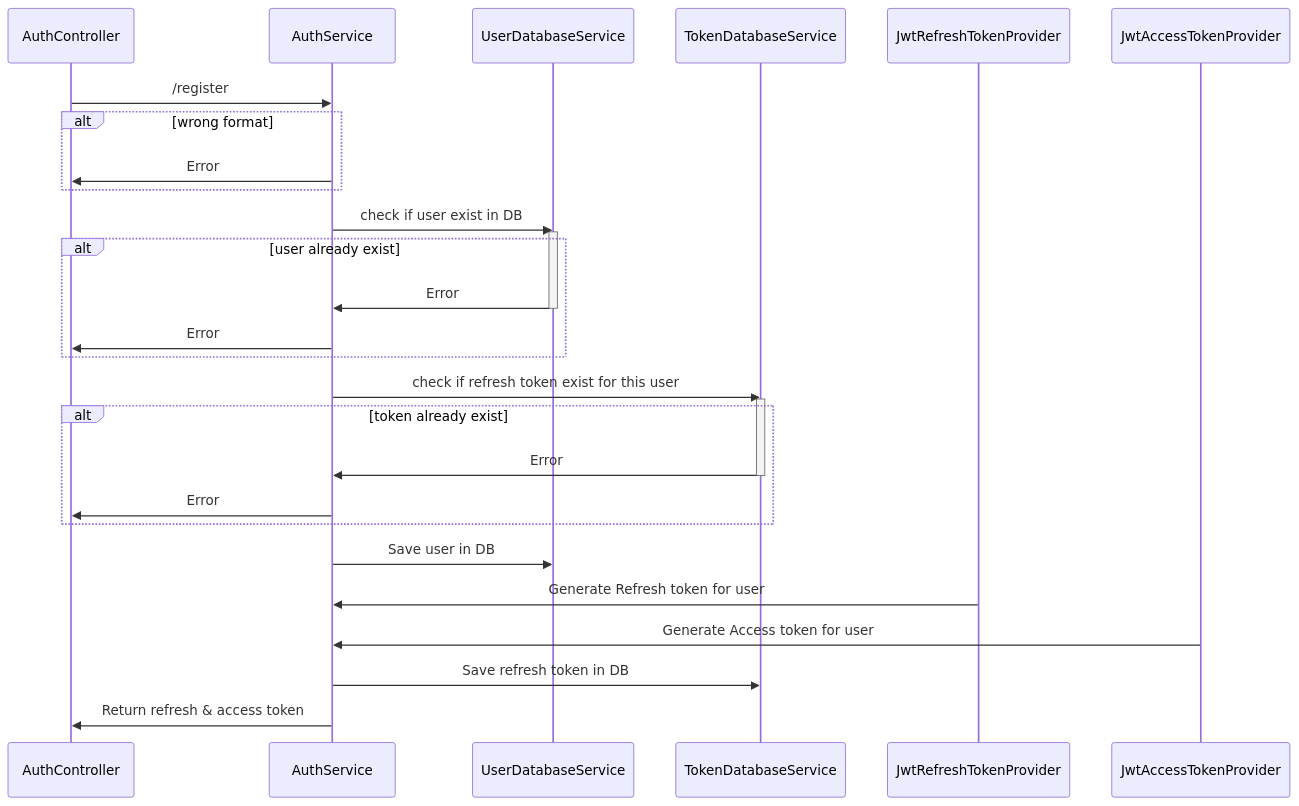
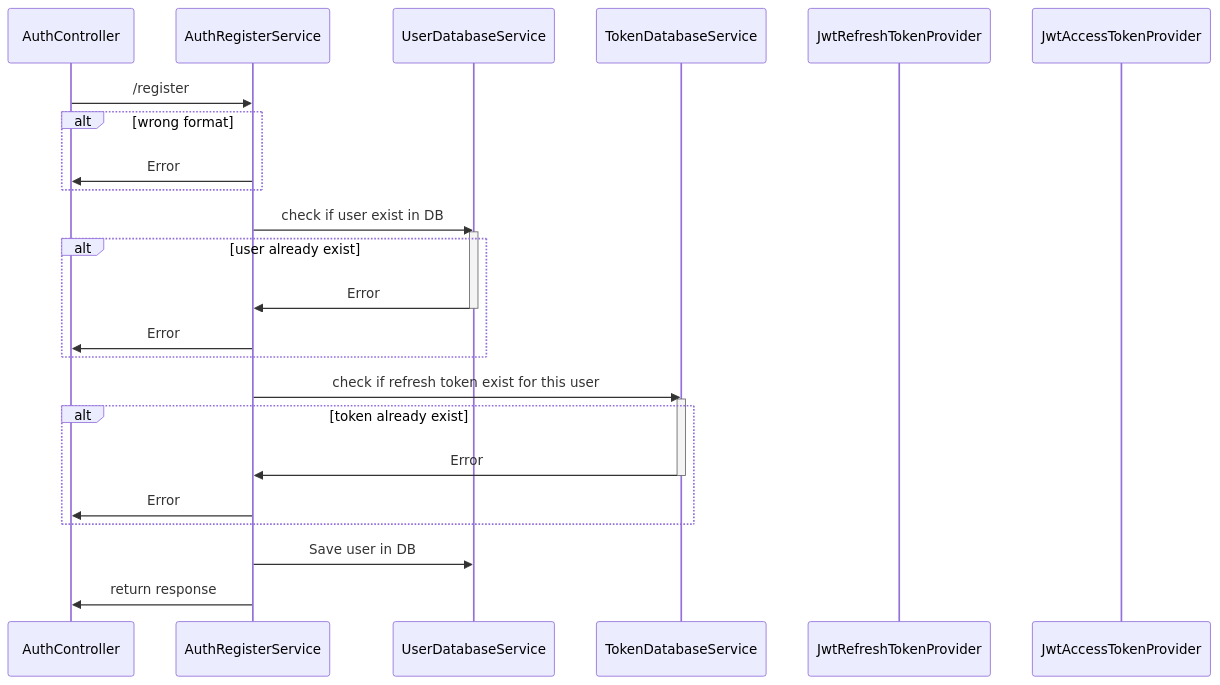
The first of 4 diagrams in apps/auth/README.mkd (Code-Oz/auth-nest-monorepo), drawn with Mermaid before and after one commit. The commit also changed other lines of this file and 8 other files, not shown here.

Commit message:
Separate Register and Refresh Token Auth service

````diff
--- a/apps/auth/README.mkd
+++ b/apps/auth/README.mkd
@@ -3,41 +3,36 @@
 ```mermaid
 sequenceDiagram
 
-    AuthController->>AuthService: /register
+    AuthController->>AuthRegisterService: /register
     alt wrong format
-        AuthService->>AuthController: Error
+        AuthRegisterService->>AuthController: Error
     end
 
-    AuthService->>UserDatabaseService: check if user exist in DB
+    AuthRegisterService->>UserDatabaseService: check if user exist in DB
     activate UserDatabaseService
     alt user already exist
-        UserDatabaseService->>AuthService: Error
+        UserDatabaseService->>AuthRegisterService: Error
         deactivate UserDatabaseService
-        AuthService->>AuthController: Error
+        AuthRegisterService->>AuthController: Error
     end
 
-    AuthService->>TokenDatabaseService: check if refresh token exist for this user
+    AuthRegisterService->>TokenDatabaseService: check if refresh token exist for this user
     activate TokenDatabaseService
     alt token already exist
-        TokenDatabaseService->>AuthService: Error
+        TokenDatabaseService->>AuthRegisterService: Error
         deactivate TokenDatabaseService
-        AuthService->>AuthController: Error
+        AuthRegisterService->>AuthController: Error
     end
 
-    AuthService->>UserDatabaseService: Save user in DB
-
-    JwtRefreshTokenProvider->>AuthService: Generate Refresh token for user
-    JwtAccessTokenProvider->>AuthService: Generate Access token for user
-
-    AuthService->>TokenDatabaseService: Save refresh token in DB
-    AuthService->>AuthController: Return refresh & access token
+    AuthRegisterService->>UserDatabaseService: Save user in DB
+    AuthRegisterService->>AuthController: return response
         
     participant AuthController
-    participant AuthService
+    participant AuthRegisterService
 
     participant UserDatabaseService
     participant TokenDatabaseService
 
     participant JwtRefreshTokenProvider
     participant JwtAccessTokenProvider
 ```
````
